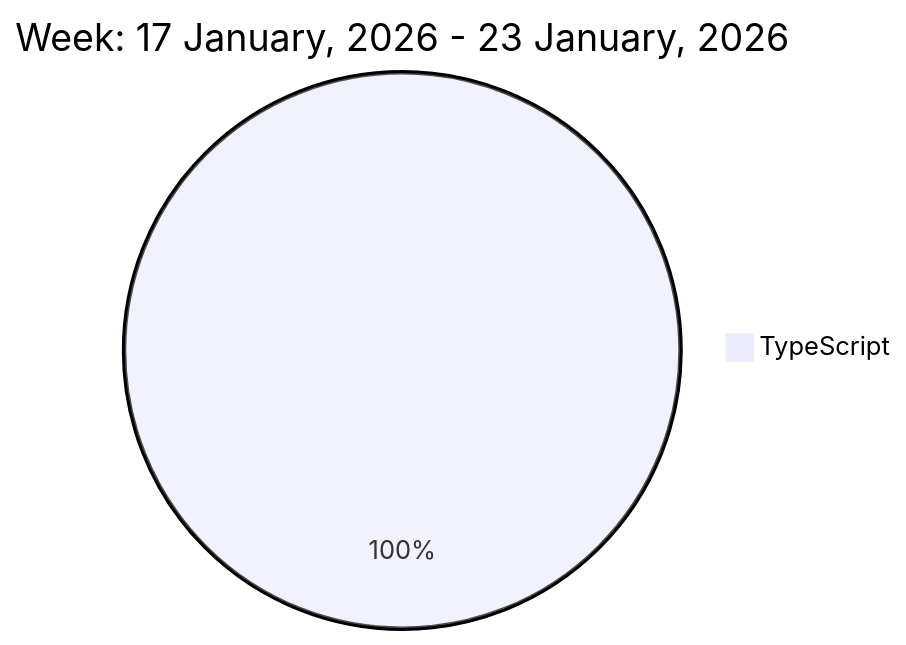
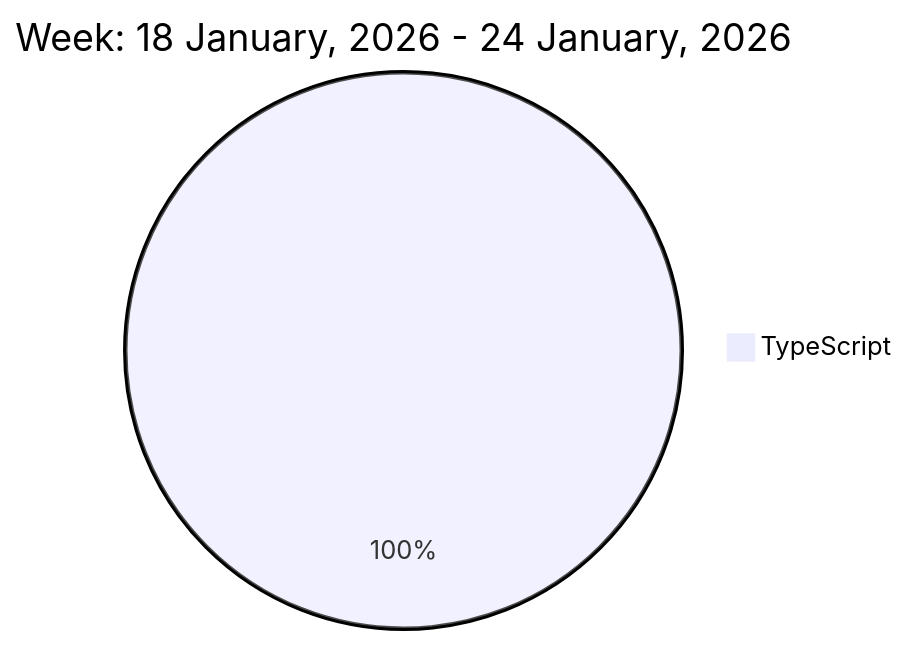
Before and after one commit to liubin95/liubin95: the diagram in README.md, drawn with Mermaid.

Commit message:
Updated the Graph with new Metrics

````diff
--- a/README.md
+++ b/README.md
@@ -37,5 +37,5 @@
 ```mermaid
  pie
-title Week: 17 January, 2026 - 23 January, 2026
+title Week: 18 January, 2026 - 24 January, 2026
  "TypeScript" : 11.25
 ```
````
